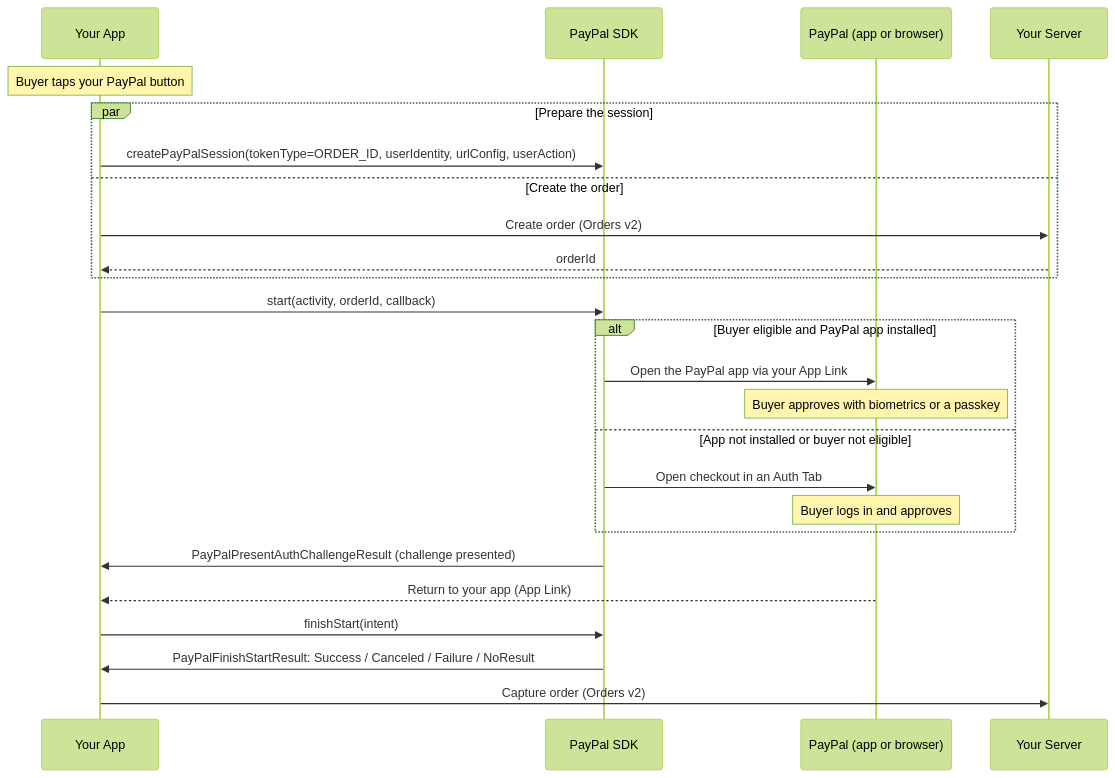
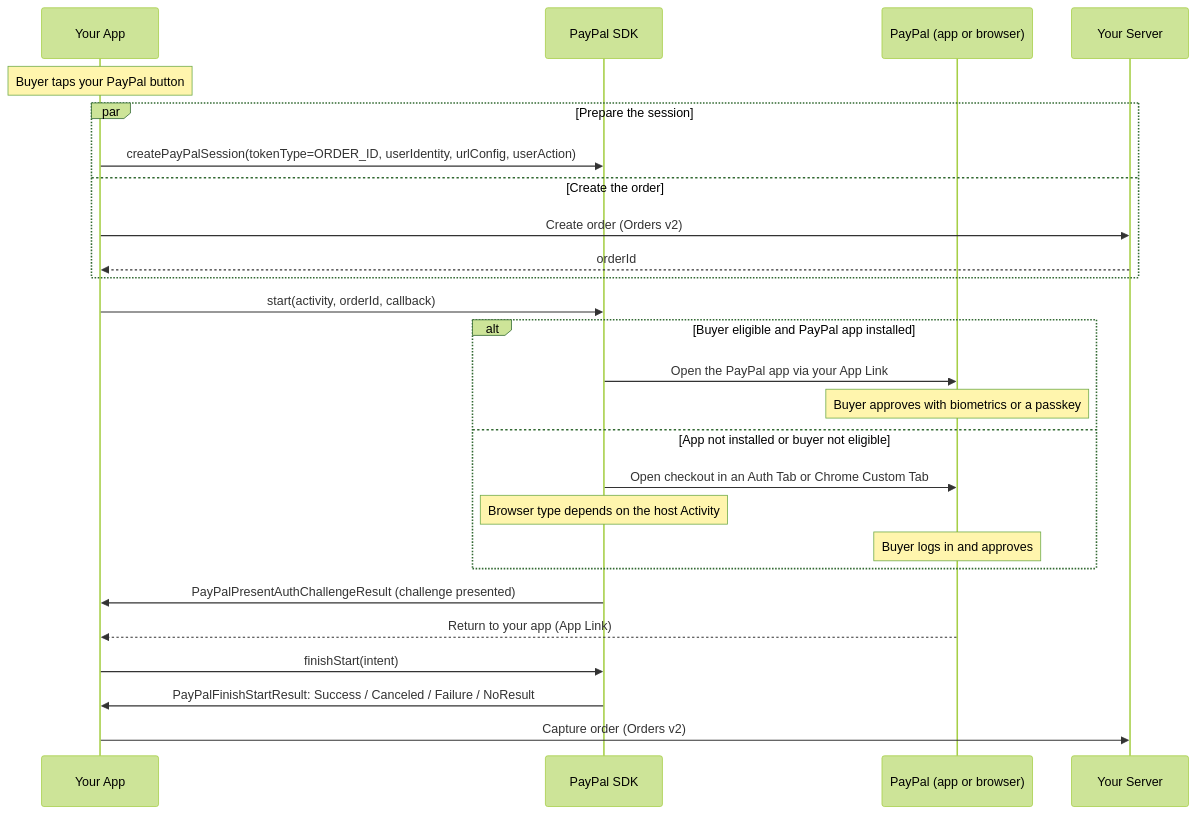
One commit to paypal/paypal-android changed the diagram in Docs/integration-guides/android-paypal-checkout.md. Above: the diagram before and after it, drawn with Mermaid (forest theme). The commit also changed other lines of this file and 5 other files, not shown here.

````diff
--- a/Docs/integration-guides/android-paypal-checkout.md
+++ b/Docs/integration-guides/android-paypal-checkout.md
@@ -15,28 +15,29 @@
 ```mermaid
 sequenceDiagram
     participant App as Your App
     participant SDK as PayPal SDK
     participant PayPal as PayPal (app or browser)
     participant Server as Your Server
 
     Note over App: Buyer taps your PayPal button
     par Prepare the session
         App->>SDK: createPayPalSession(tokenType=ORDER_ID, userIdentity, urlConfig, userAction)
     and Create the order
         App->>Server: Create order (Orders v2)
         Server-->>App: orderId
     end
     App->>SDK: start(activity, orderId, callback)
     alt Buyer eligible and PayPal app installed
         SDK->>PayPal: Open the PayPal app via your App Link
         Note over PayPal: Buyer approves with biometrics or a passkey
     else App not installed or buyer not eligible
-        SDK->>PayPal: Open checkout in an Auth Tab
+        SDK->>PayPal: Open checkout in an Auth Tab or Chrome Custom Tab
+        Note over SDK: Browser type depends on the host Activity
         Note over PayPal: Buyer logs in and approves
     end
     SDK->>App: PayPalPresentAuthChallengeResult (challenge presented)
     PayPal-->>App: Return to your app (App Link)
     App->>SDK: finishStart(intent)
     SDK->>App: PayPalFinishStartResult: Success / Canceled / Failure / NoResult
     App->>Server: Capture order (Orders v2)
 ```
````
